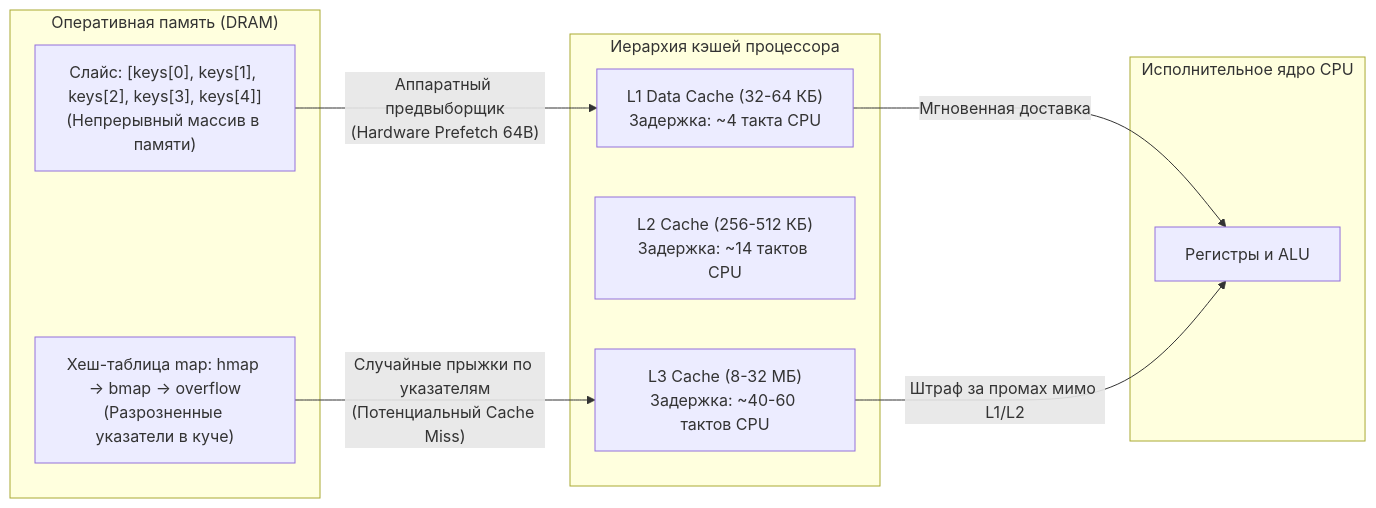
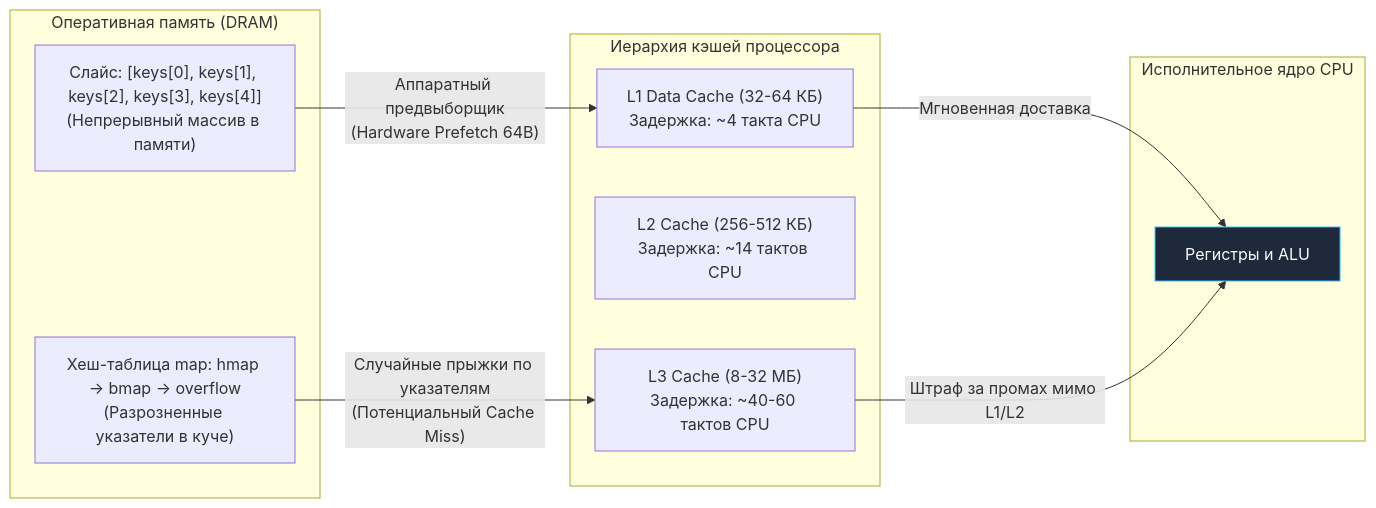
Before and after one commit to UnrealTemplier/go-textbook: the first of 3 diagrams in sources/20. Алгоритмы и структуры данных (DSA) на Go/01. Введение/1. Обзор раздела. Зачем алгоритмы и структуры данных backend разработчику.md, drawn with Mermaid. The commit also changed other lines of this file and 1666 other files, not shown here.

First line of the commit message:
feat(mermaid): add semantic color classDef to 1369 colorless flowchart/graph diagrams

````diff
--- a/sources/20. Алгоритмы и структуры данных (DSA) на Go/01. Введение/1. Обзор раздела. Зачем алгоритмы и структуры данных backend разработчику.md
+++ b/sources/20. Алгоритмы и структуры данных (DSA) на Go/01. Введение/1. Обзор раздела. Зачем алгоритмы и структуры данных backend разработчику.md
@@ -125,23 +125,33 @@
 ```mermaid
 flowchart LR
+    classDef process  fill:#1e293b,stroke:#38bdf8,stroke-width:1px,color:#f8fafc
+    classDef success  fill:#064e3b,stroke:#34d399,stroke-width:1px,color:#f8fafc
+    classDef error    fill:#7f1d1d,stroke:#f87171,stroke-width:1px,color:#f8fafc
+    classDef warning  fill:#78350f,stroke:#fbbf24,stroke-width:1px,color:#f8fafc
+    classDef entry    fill:#1e3a5f,stroke:#38bdf8,stroke-width:2px,color:#f8fafc
+    classDef aux      fill:#334155,stroke:#64748b,stroke-width:1px,color:#f8fafc
+    classDef system   fill:#312e81,stroke:#a78bfa,stroke-width:1px,color:#f8fafc
+    classDef data     fill:#132d29,stroke:#2dd4bf,stroke-width:1px,color:#f8fafc
+    classDef network  fill:#881337,stroke:#fb7185,stroke-width:1px,color:#f8fafc
+    classDef accent   fill:#1e1b4b,stroke:#818cf8,stroke-width:1px,color:#f8fafc
     subgraph RAM["Оперативная память (DRAM)"]
         SliceBlock["Слайс: [keys[0], keys[1], keys[2], keys[3], keys[4]]<br>(Непрерывный массив в памяти)"]
         MapBuckets["Хеш-таблица map: hmap -> bmap -> overflow<br>(Разрозненные указатели в куче)"]
     end
 
     subgraph Caches["Иерархия кэшей процессора"]
         L1["L1 Data Cache (32-64 КБ)<br>Задержка: ~4 такта CPU"]
         L2["L2 Cache (256-512 КБ)<br>Задержка: ~14 тактов CPU"]
         L3["L3 Cache (8-32 МБ)<br>Задержка: ~40-60 тактов CPU"]
     end
 
     subgraph Core["Исполнительное ядро CPU"]
-        ALU["Регистры и ALU"]
+        ALU["Регистры и ALU"]:::process
     end
 
     SliceBlock -->|"Аппаратный предвыборщик<br>(Hardware Prefetch 64B)"| L1
     MapBuckets -->|"Случайные прыжки по указателям<br>(Потенциальный Cache Miss)"| L3
 
     L1 -->|"Мгновенная доставка"| ALU
     L3 -->|"Штраф за промах мимо L1/L2"| ALU
 ```
````
